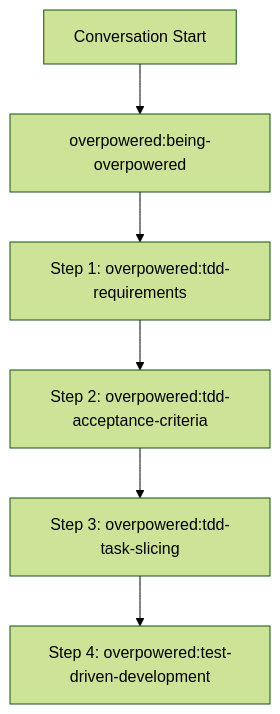
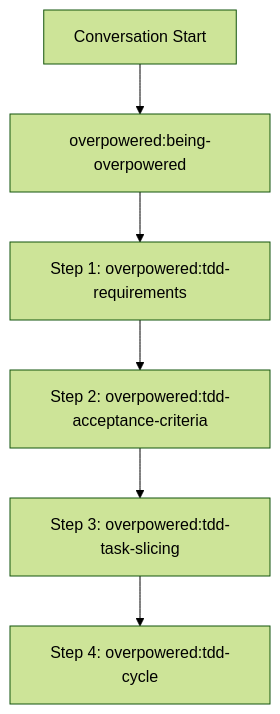
One commit to harald-lang/superpowers changed the diagram in skills/being-overpowered/SKILL.md. Above: the diagram before and after it, drawn with Mermaid (forest theme). The commit also changed other lines of this file and 4 other files, not shown here.

Commit message:
refactor: rename test-driven-development skill to tdd-cycle for naming consistency

````diff
--- a/skills/being-overpowered/SKILL.md
+++ b/skills/being-overpowered/SKILL.md
@@ -24,8 +24,8 @@
 ```mermaid
 graph TD
     Start[Conversation Start] --> UOP[overpowered:being-overpowered]
     UOP --> Step1[Step 1: overpowered:tdd-requirements]
     Step1 --> Step2[Step 2: overpowered:tdd-acceptance-criteria]
     Step2 --> Step3[Step 3: overpowered:tdd-task-slicing]
-    Step3 --> Step4[Step 4: overpowered:test-driven-development]
+    Step3 --> Step4[Step 4: overpowered:tdd-cycle]
 ```
````
